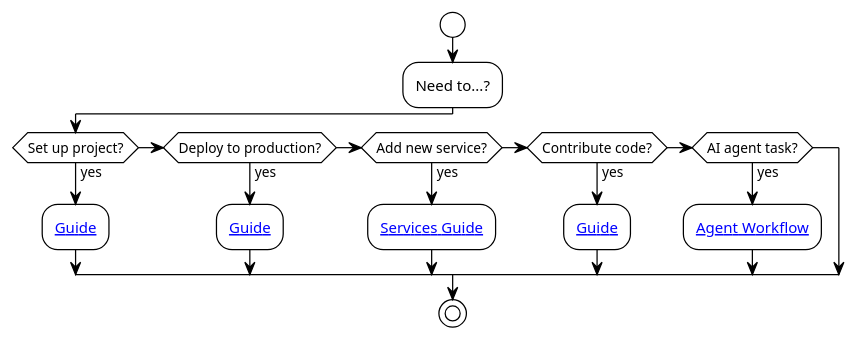
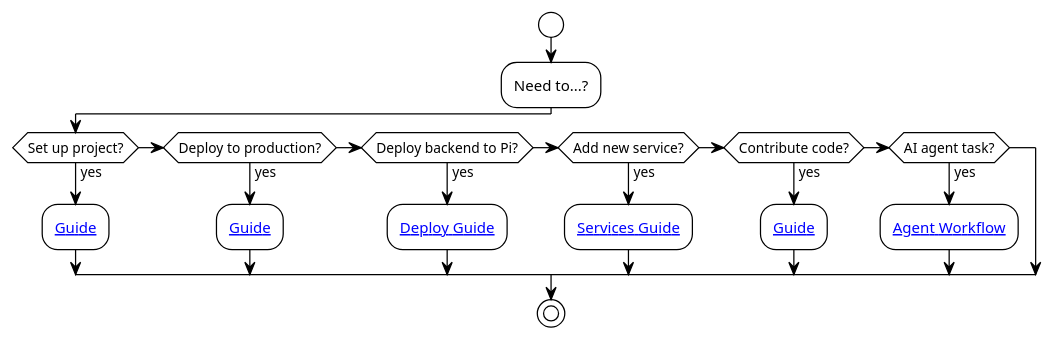
The second of 2 diagrams in docs/guides/index.md (EraPartner/Watchman), drawn with PlantUML before and after one commit. The commit also changed other lines of this file and 138 other files, not shown here.

````diff
--- a/docs/guides/index.md
+++ b/docs/guides/index.md
@@ -87,23 +90,25 @@
 ```plantuml
 @startuml
 !theme plain
 
 start
 
 :Need to...?;
 
 if (Set up project?) then (yes)
     :[[docs/guides/setup|Setup Guide]];
 elseif (Deploy to production?) then (yes)
     :[[docs/guides/deployment|Deployment Guide]];
+elseif (Deploy backend to Pi?) then (yes)
+    :[[docs/guides/deploying-to-raspberry-pi|Pi Deploy Guide]];
 elseif (Add new service?) then (yes)
     :[[docs/guides/adding-services|Adding Services Guide]];
 elseif (Contribute code?) then (yes)
     :[[docs/guides/contributing|Contributing Guide]];
 elseif (AI agent task?) then (yes)
     :[[docs/guides/ai-agent-workflow|AI Agent Workflow]];
 endif
 
 stop
 @enduml
 ```
````
